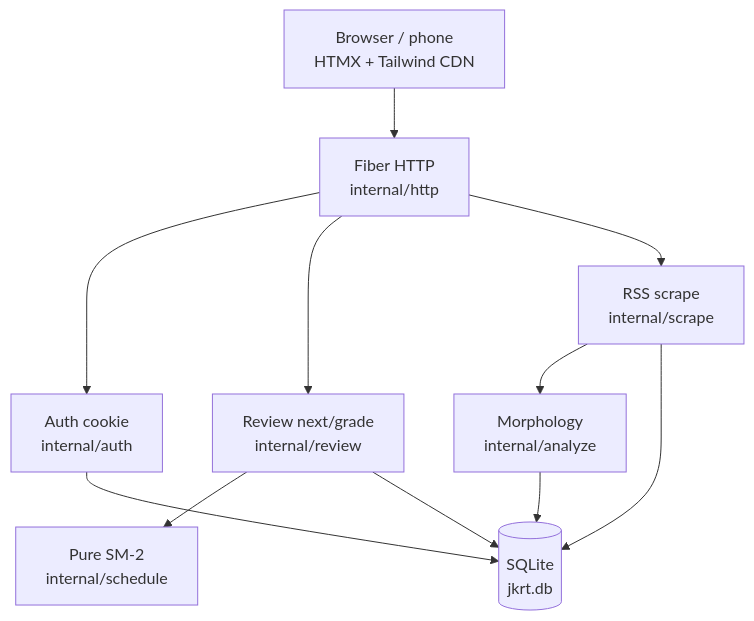
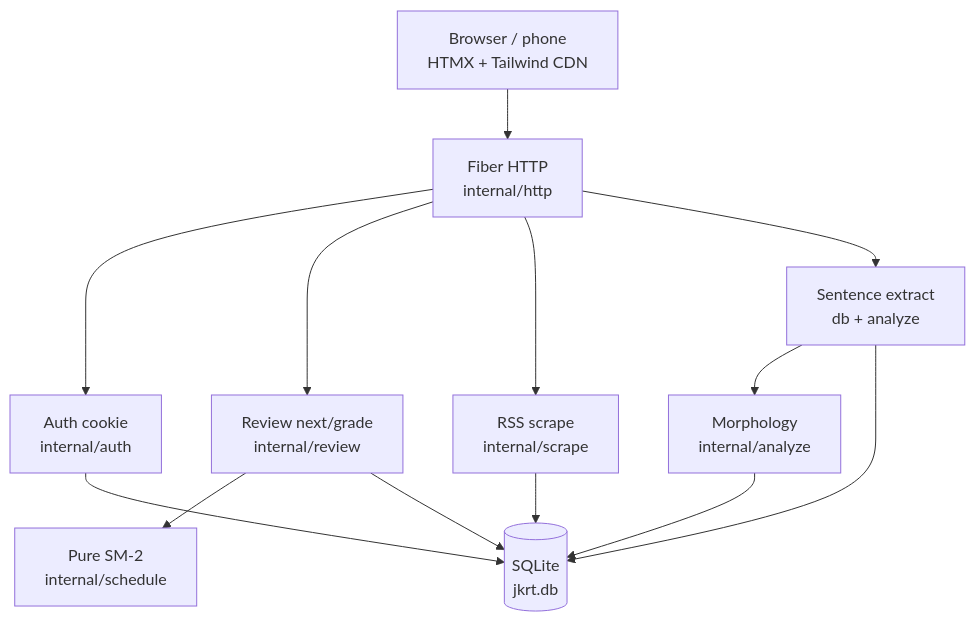
The fifth of 7 diagrams in README.md (rikiisworking/jkrt), drawn with Mermaid before and after one commit. The commit also changed other lines of this file and 4 other files, not shown here.

````diff
--- a/README.md
+++ b/README.md
@@ -190,22 +189,25 @@
 ```mermaid
 flowchart TB
   Browser[Browser / phone<br/>HTMX + Tailwind CDN]
   Fiber[Fiber HTTP<br/>internal/http]
   Auth[Auth cookie<br/>internal/auth]
   Review[Review next/grade<br/>internal/review]
   Sched[Pure SM-2<br/>internal/schedule]
   Scrape[RSS scrape<br/>internal/scrape]
+  Extract[Sentence extract<br/>db + analyze]
   Analyze[Morphology<br/>internal/analyze]
   DB[(SQLite<br/>jkrt.db)]
 
   Browser --> Fiber
   Fiber --> Auth
   Fiber --> Review
   Fiber --> Scrape
+  Fiber --> Extract
   Review --> Sched
   Review --> DB
-  Scrape --> Analyze
   Scrape --> DB
+  Extract --> Analyze
+  Extract --> DB
   Analyze --> DB
   Auth --> DB
 ```
````
